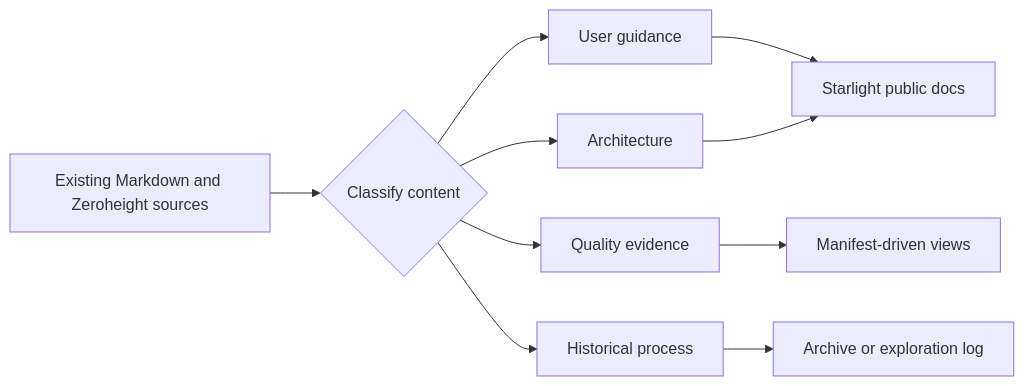
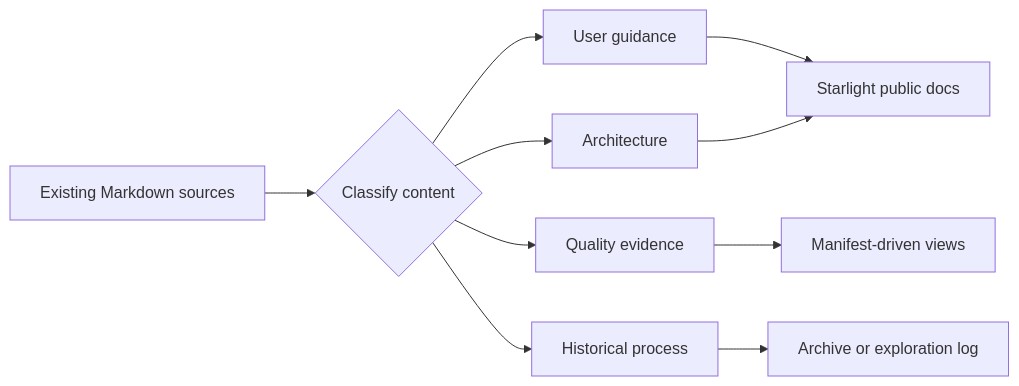
Before and after one commit to JeffreySanford/public-sector-federation: the second of 2 diagrams in docs/documentation-upgrade/10-migration-and-cleanup-plan.md, drawn with Mermaid. The commit also changed other lines of this file and 91 other files, not shown here.

````diff
--- a/docs/documentation-upgrade/10-migration-and-cleanup-plan.md
+++ b/docs/documentation-upgrade/10-migration-and-cleanup-plan.md
@@ -264,12 +256,12 @@
 ```mermaid
 flowchart LR
-  Old[Existing Markdown and Zeroheight sources] --> Classify{Classify content}
+  Old[Existing Markdown sources] --> Classify{Classify content}
   Classify --> Guidance[User guidance]
   Classify --> Architecture[Architecture]
   Classify --> Evidence[Quality evidence]
   Classify --> History[Historical process]
   Guidance --> Starlight[Starlight public docs]
   Architecture --> Starlight
   Evidence --> Generated[Manifest-driven views]
   History --> Archive[Archive or exploration log]
 ```
````
